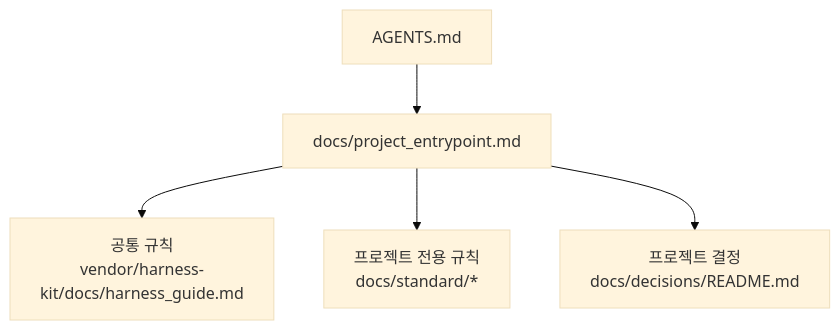
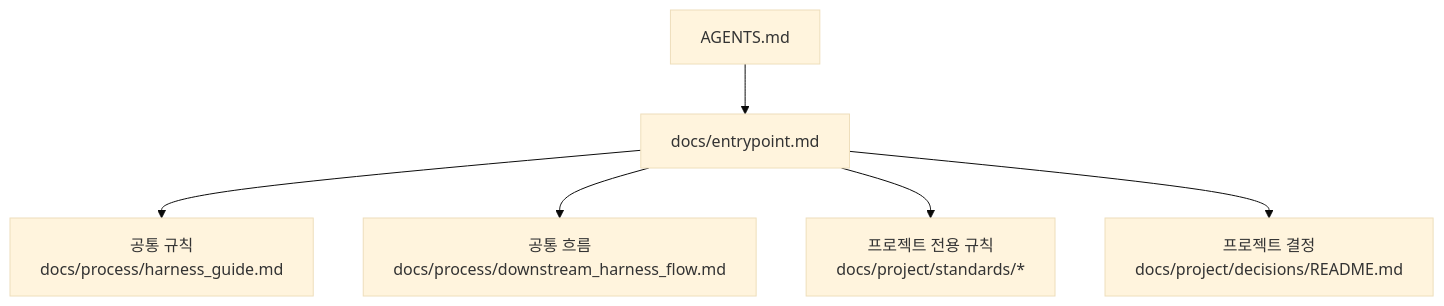
One commit to JisungValue/harness-kit changed the second of 8 diagrams in downstream/docs/downstream_harness_flow.md. Above: the diagram before and after it, drawn with Mermaid (base theme). The commit also changed other lines of this file and 48 other files, not shown here.

````diff
--- a/downstream/docs/downstream_harness_flow.md
+++ b/downstream/docs/downstream_harness_flow.md
@@ -55,7 +55,8 @@
 ```mermaid
 flowchart TD
-    A[AGENTS.md] --> B[docs/project_entrypoint.md]
-    B --> C[공통 규칙<br/>vendor/harness-kit/docs/harness_guide.md]
-    B --> D[프로젝트 전용 규칙<br/>docs/standard/*]
-    B --> E[프로젝트 결정<br/>docs/decisions/README.md]
+    A[AGENTS.md] --> B[docs/entrypoint.md]
+    B --> C[공통 규칙<br/>docs/process/harness_guide.md]
+    B --> D[공통 흐름<br/>docs/process/downstream_harness_flow.md]
+    B --> E[프로젝트 전용 규칙<br/>docs/project/standards/*]
+    B --> F[프로젝트 결정<br/>docs/project/decisions/README.md]
 ```
````
